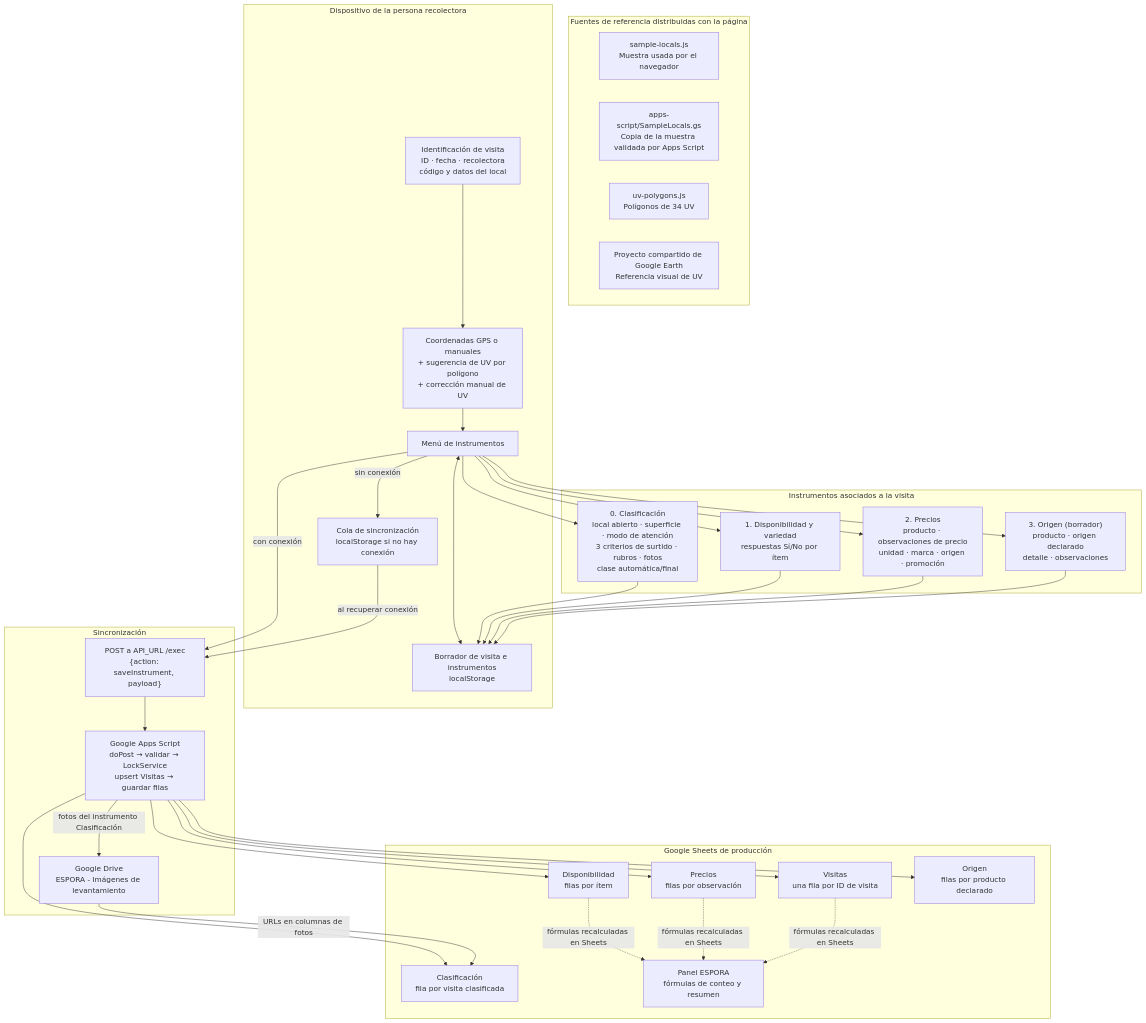
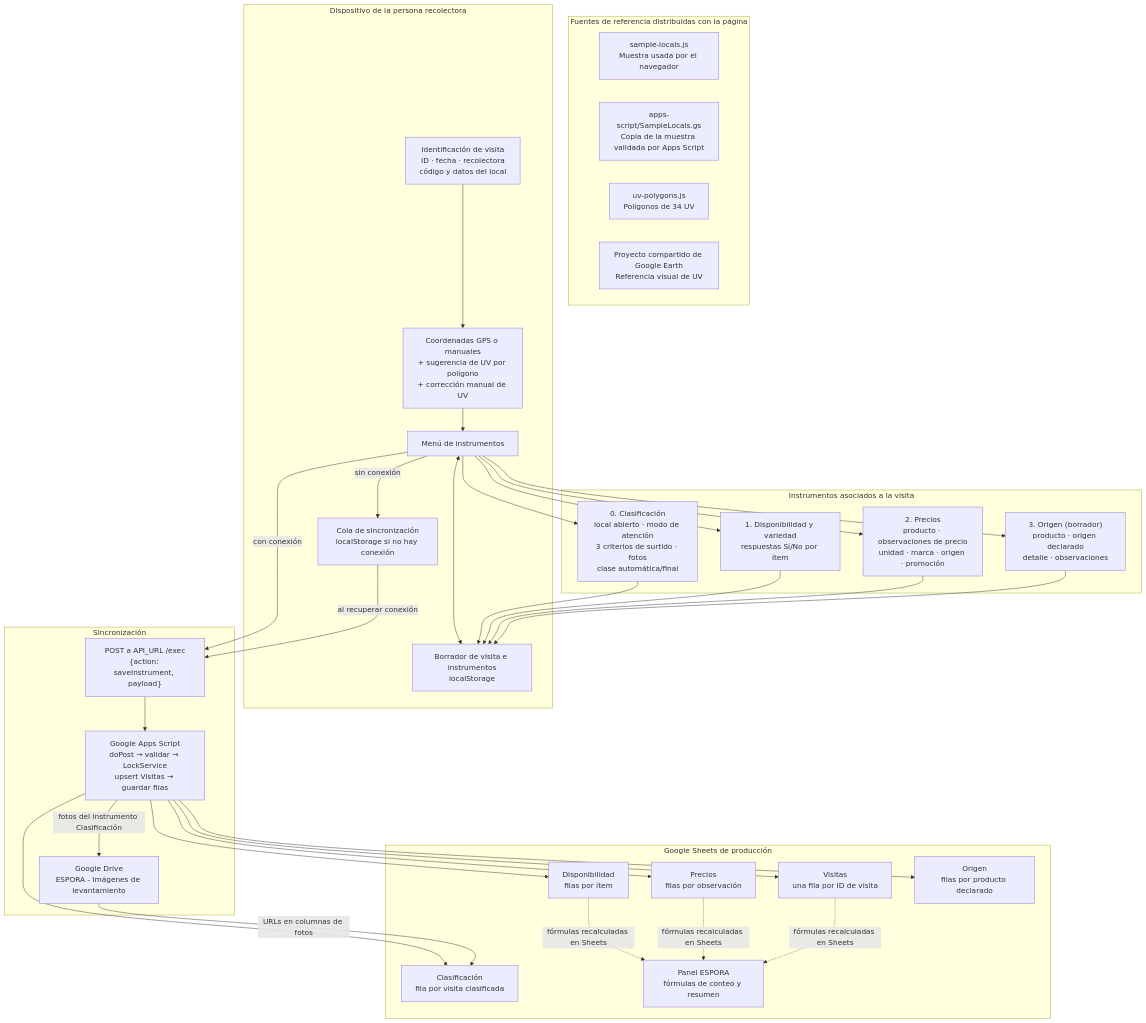
The first of 4 diagrams in FLUJO_DATOS_Y_MAPEO.md (estebancofre-coy/observatorio-espora), drawn with Mermaid before and after one commit. The commit also changed other lines of this file and 5 other files, not shown here.

First line of the commit message:
Retirar superficie y rubros observados de la ficha de clasificacion

````diff
--- a/FLUJO_DATOS_Y_MAPEO.md
+++ b/FLUJO_DATOS_Y_MAPEO.md
@@ -7,63 +7,63 @@
 ```mermaid
 flowchart TB
   subgraph FUENTES["Fuentes de referencia distribuidas con la página"]
     SM["sample-locals.js<br/>Muestra usada por el navegador"]
     SG["apps-script/SampleLocals.gs<br/>Copia de la muestra validada por Apps Script"]
     UV["uv-polygons.js<br/>Polígonos de 34 UV"]
     EARTH["Proyecto compartido de Google Earth<br/>Referencia visual de UV"]
   end
 
   subgraph CAPTURA["Dispositivo de la persona recolectora"]
     IDENT["Identificación de visita<br/>ID · fecha · recolectora<br/>código y datos del local"]
     GEO["Coordenadas GPS o manuales<br/>+ sugerencia de UV por polígono<br/>+ corrección manual de UV"]
     MENU["Menú de instrumentos"]
     DRAFT["Borrador de visita e instrumentos<br/>localStorage"]
     QUEUE["Cola de sincronización<br/>localStorage si no hay conexión"]
     IDENT --> GEO --> MENU
     MENU <--> DRAFT
     MENU -->|"sin conexión"| QUEUE
   end
 
   subgraph FORMULARIOS["Instrumentos asociados a la visita"]
-    CL["0. Clasificación<br/>local abierto · superficie · modo de atención<br/>3 criterios de surtido · rubros · fotos<br/>clase automática/final"]
+    CL["0. Clasificación<br/>local abierto · modo de atención<br/>3 criterios de surtido · fotos<br/>clase automática/final"]
     AV["1. Disponibilidad y variedad<br/>respuestas Sí/No por ítem"]
     PR["2. Precios<br/>producto · observaciones de precio<br/>unidad · marca · origen · promoción"]
     OR["3. Origen (borrador)<br/>producto · origen declarado<br/>detalle · observaciones"]
   end
   MENU --> CL
   MENU --> AV
   MENU --> PR
   MENU --> OR
   CL --> DRAFT
   AV --> DRAFT
   PR --> DRAFT
   OR --> DRAFT
 
   subgraph SERVIDOR["Sincronización"]
     API["POST a API_URL /exec<br/>{action: saveInstrument, payload}"]
     GAS["Google Apps Script<br/>doPost → validar → LockService<br/>upsert Visitas → guardar filas"]
     DRIVE["Google Drive<br/>ESPORA - Imágenes de levantamiento"]
   end
   MENU -->|"con conexión"| API
   QUEUE -->|"al recuperar conexión"| API
   API --> GAS
   GAS -->|"fotos del instrumento Clasificación"| DRIVE
 
   subgraph BASE["Google Sheets de producción"]
     VIS["Visitas<br/>una fila por ID de visita"]
     DISP["Disponibilidad<br/>filas por ítem"]
     PRE["Precios<br/>filas por observación"]
     ORIG["Origen<br/>filas por producto declarado"]
     CLAS["Clasificación<br/>fila por visita clasificada"]
     PANEL["Panel ESPORA<br/>fórmulas de conteo y resumen"]
   end
   GAS --> VIS
   GAS --> DISP
   GAS --> PRE
   GAS --> ORIG
   GAS --> CLAS
   DISP -. "fórmulas recalculadas en Sheets" .-> PANEL
   PRE -. "fórmulas recalculadas en Sheets" .-> PANEL
   VIS -. "fórmulas recalculadas en Sheets" .-> PANEL
   DRIVE -->|"URLs en columnas de fotos"| CLAS
 ```
````
